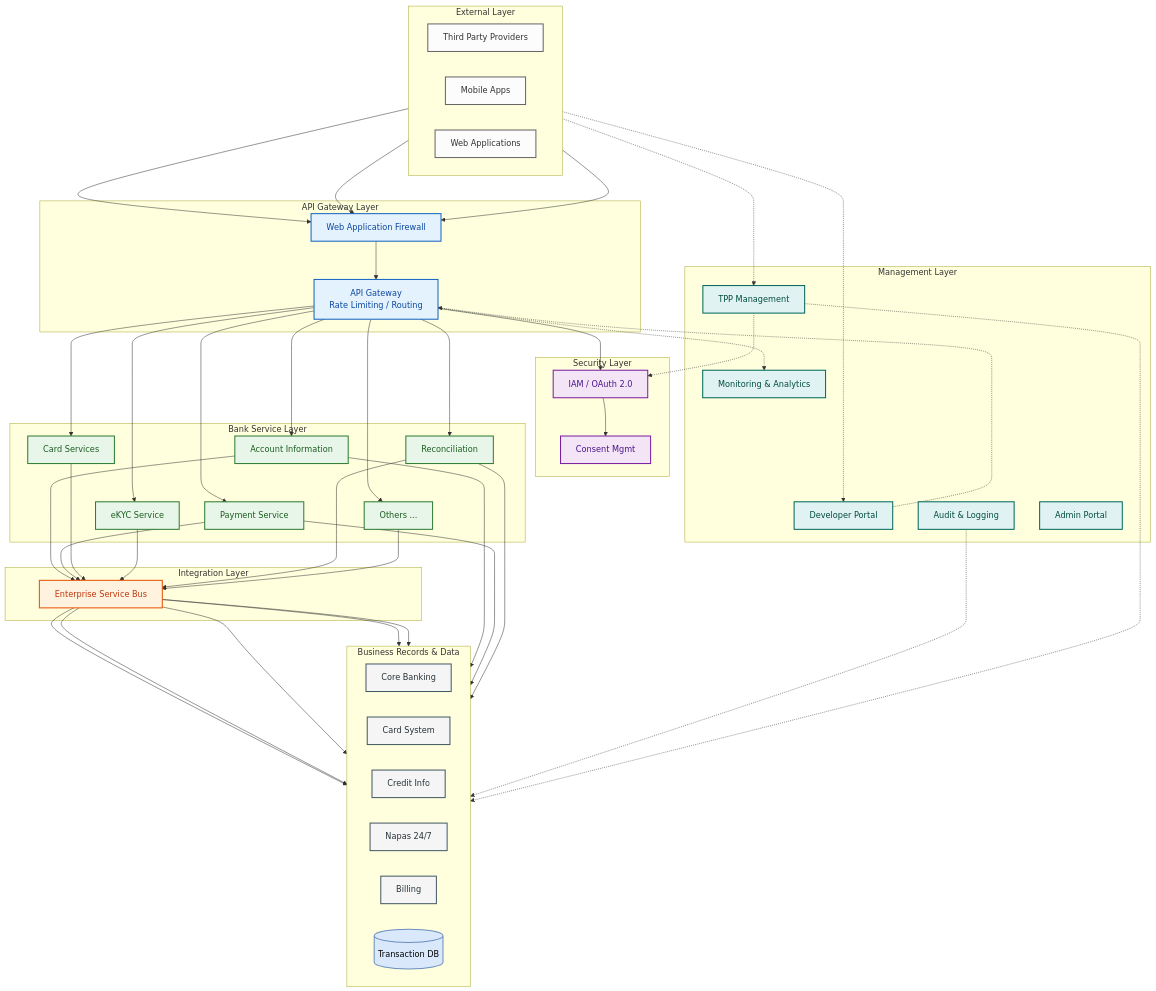
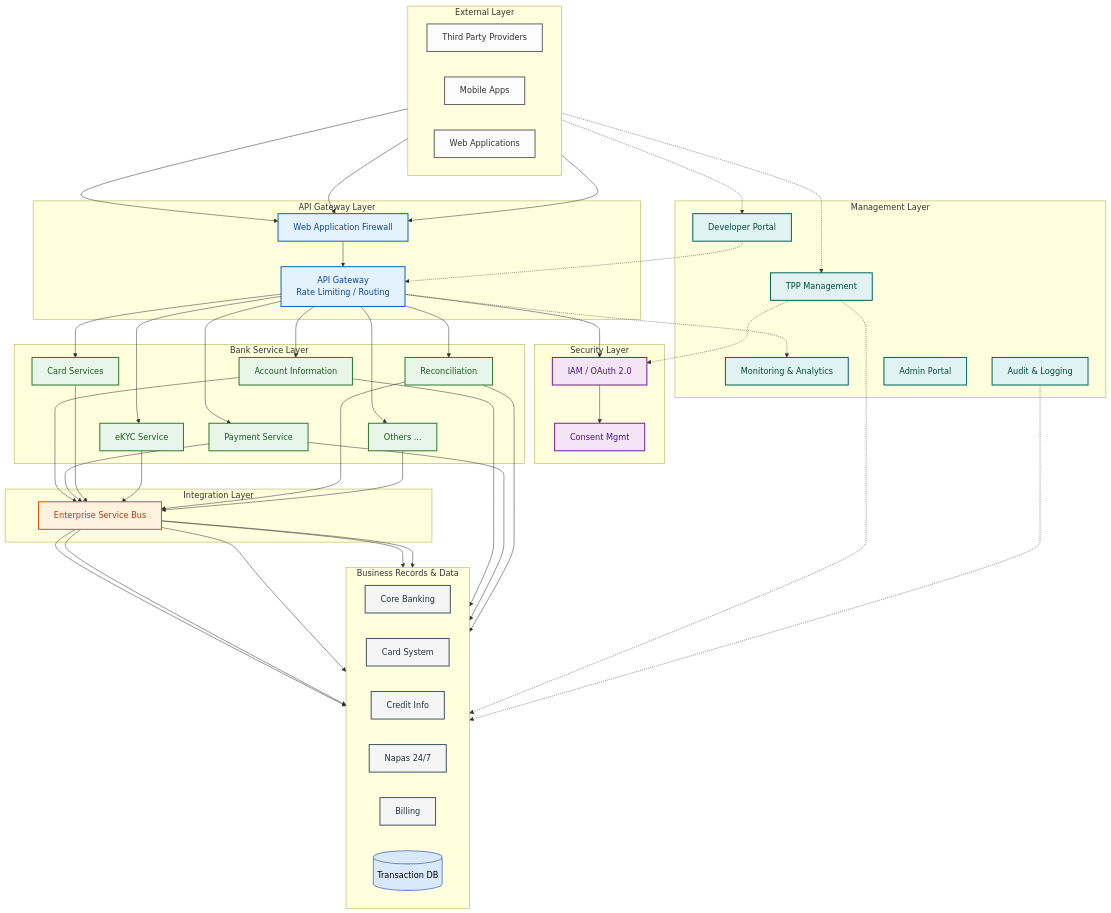
Before and after one commit to huuhoait/openbanking-vn-specs: the first of 2 diagrams in 01-Kien-truc-he-thong.md, drawn with Mermaid.

```diff
--- a/01-Kien-truc-he-thong.md
+++ b/01-Kien-truc-he-thong.md
@@ -44,14 +44,6 @@
         Recon[Reconciliation]:::service
         OtherSvc[Others ...]:::service
     end
-    
-    subgraph Management [Management Layer]
-        DevPortal[Developer Portal]:::management
-        TPPMgmt[TPP Management]:::management
-        Monitor[Monitoring & Analytics]:::management
-        Audit[Audit & Logging]:::management
-        AdminPortal[Admin Portal]:::management
-    end
 
     subgraph Integration [Integration Layer]
         ESB[Enterprise Service Bus]:::integration
@@ -66,30 +58,63 @@
         BillingSvc[Billing]:::business
         DB[(Transaction DB)]:::data
     end
+    
+    subgraph Management [Management Layer]
+        DevPortal[Developer Portal]:::management
+        TPPMgmt[TPP Management]:::management
+        Monitor[Monitoring & Analytics]:::management
+        Audit[Audit & Logging]:::management
+        AdminPortal[Admin Portal]:::management
+    end
 
-    %% Connections
-    TPP & Mobile & Web --> WAF --> APIGW
+    %% External to Gateway
+    TPP --> WAF
+    Mobile --> WAF
+    Web --> WAF
+    WAF --> APIGW
     
+    %% Gateway to Security
     APIGW --> IAM
-    APIGW --> AIS & PIS & CardSvc & eKYC & Recon & OtherSvc
-    
     IAM --> Consent
     
-    AIS & PIS & CardSvc & eKYC & Recon & OtherSvc --> ESB
+    %% Gateway to Services
+    APIGW --> AIS
+    APIGW --> PIS
+    APIGW --> CardSvc
+    APIGW --> eKYC
+    APIGW --> Recon
+    APIGW --> OtherSvc
     
-    ESB --> CoreBank & CardSystem & Napas & BillingSvc & CIC
+    %% Services to Integration
+    AIS --> ESB
+    PIS --> ESB
+    CardSvc --> ESB
+    eKYC --> ESB
+    Recon --> ESB
+    OtherSvc --> ESB
     
-    AIS & PIS & Recon --> DB
-    Audit -.-> DB
-    TPPMgmt -.-> DB
+    %% Integration to Backend
+    ESB --> CoreBank
+    ESB --> CardSystem
+    ESB --> CIC
+    ESB --> Napas
+    ESB --> BillingSvc
     
+    %% Services to Database
+    AIS --> DB
+    PIS --> DB
+    Recon --> DB
+    
+    %% Management Connections (dotted lines)
     APIGW -.-> Monitor
-    TPP -.-> DevPortal & TPPMgmt
+    TPP -.-> DevPortal
+    TPP -.-> TPPMgmt
     DevPortal -.-> APIGW
     TPPMgmt -.-> IAM
+    TPPMgmt -.-> DB
+    Audit -.-> DB
 
     %% Layout hints
-    Security ~~~ Services ~~~ Management
     AIS ~~~ PIS
     CardSvc ~~~ eKYC
     Recon ~~~ OtherSvc
```
